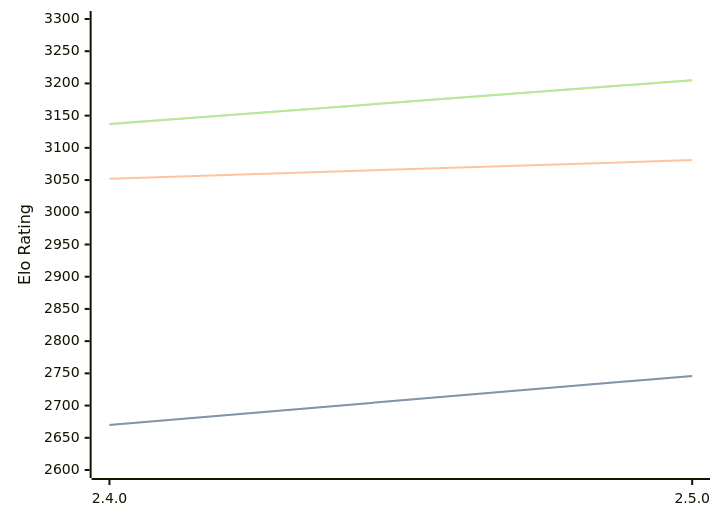
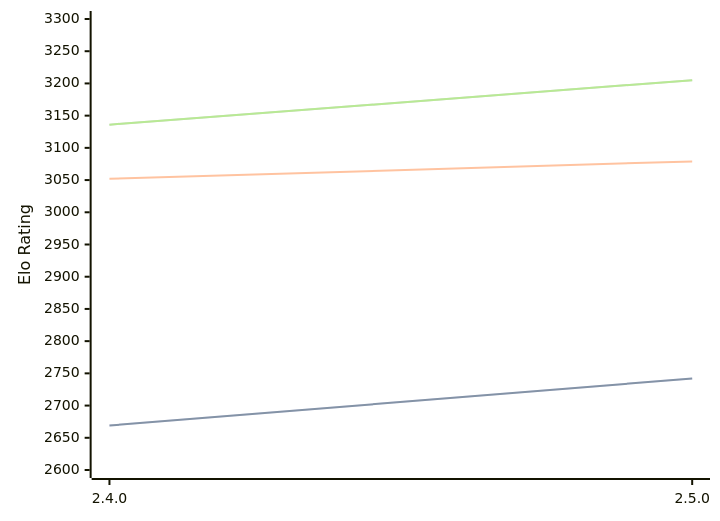
One commit to computer-chess-index/cci changed the diagram in engines/Sturddle2.md. Above: the diagram before and after it, drawn with Mermaid. The commit also changed other lines of this file, not shown here.

Commit message:
Update CCI Ratings (ELO VLTC) - 2026-03-04

````diff
--- a/engines/Sturddle2.md
+++ b/engines/Sturddle2.md
@@ -35,11 +35,11 @@
 ```mermaid
 %%{init: {"theme":"base","themeVariables":{"seriesColors:['#a3a3a3','#222221','#faa371']}}}%%
 xychart-beta
   x-axis ["2.4.0", "2.5.0"]
   y-axis "Elo Rating" 2600 --> 3300
-  line "STC (8.0+0.08s)" [2670, 2746]
-  line "STC (8.0+0.08s)" [2670, 2746]
-  line "LTC (60.0+0.60s)" [3052, 3081]
-  line "VLTC (2m24s+1.12s)" [3137, 3205]
-  line "VLTC (2m24s+1.12s)" [3137, 3205]
+  line "STC (8.0+0.08s)" [2669, 2742]
+  line "STC (8.0+0.08s)" [2669, 2742]
+  line "LTC (60.0+0.60s)" [3052, 3079]
+  line "VLTC (2m24s+1.12s)" [3136, 3205]
+  line "VLTC (2m24s+1.12s)" [3136, 3205]
 ```
````
